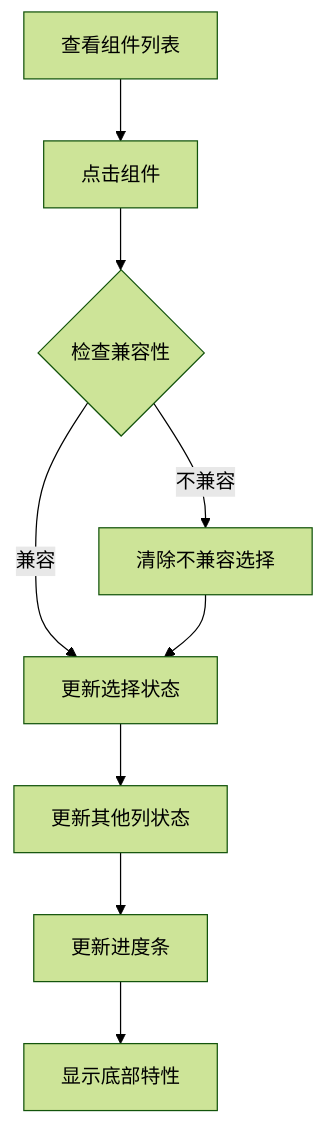
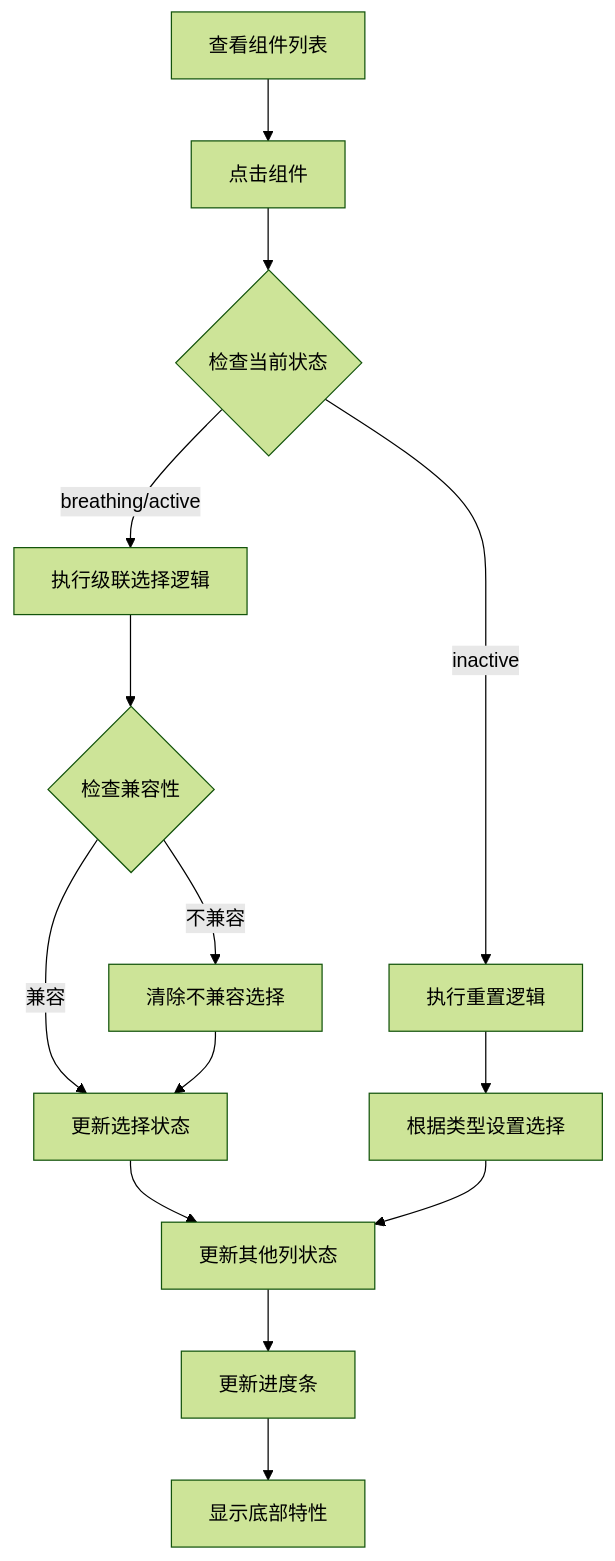
The second of 3 diagrams in PRD-项目详细需求文档.md (zengmi2140/bitcoin-custody-playground), drawn with Mermaid (forest theme) before and after one commit. The commit also changed other lines of this file, not shown here.

````diff
--- a/PRD-项目详细需求文档.md
+++ b/PRD-项目详细需求文档.md
@@ -451,11 +562,16 @@
 ```mermaid
 graph TD
 A[查看组件列表] --> B[点击组件]
-B --> C{检查兼容性}
-C -->|兼容| D[更新选择状态]
-C -->|不兼容| E[清除不兼容选择]
-E --> D
-D --> F[更新其他列状态]
-F --> G[更新进度条]
-G --> H[显示底部特性]
+B --> C{检查当前状态}
+C -->|inactive| D[执行重置逻辑]
+C -->|breathing/active| E[执行级联选择逻辑]
+D --> F[根据类型设置选择]
+E --> G{检查兼容性}
+G -->|兼容| H[更新选择状态]
+G -->|不兼容| I[清除不兼容选择]
+I --> H
+H --> J[更新其他列状态]
+J --> K[更新进度条]
+K --> L[显示底部特性]
+F --> J
 ```
````
